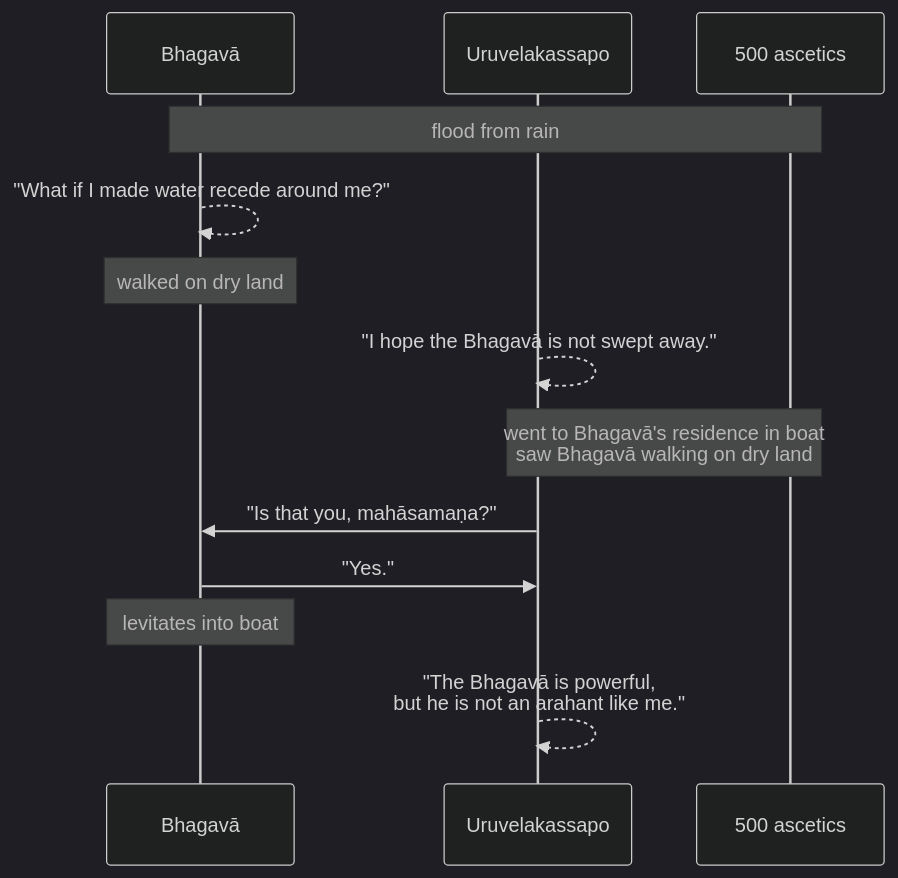
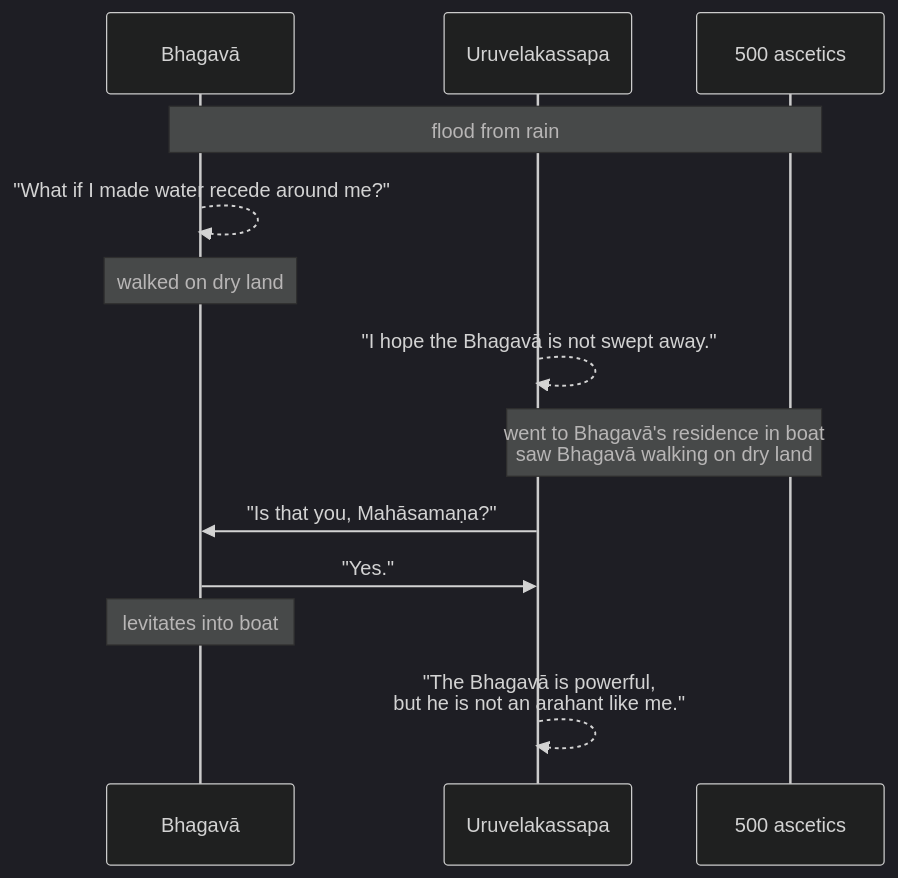
Before and after one commit to tidipa/tidipa.github.io: diagram 11 of 16 in src/content/docs/khandhaka/1-12.mdx, drawn with Mermaid (dark theme). The commit also changed other lines of this file and 48 other files, not shown here.

````diff
--- a/src/content/docs/khandhaka/1-12.mdx
+++ b/src/content/docs/khandhaka/1-12.mdx
@@ -208,15 +208,15 @@
 ```mermaid
 sequenceDiagram
 	participant B as Bhagavā
-	participant A1 as Uruvelakassapo
+	participant A1 as Uruvelakassapa
 	participant A500 as 500 ascetics
 	note over B, A500: flood from rain
 	B-->>B: "What if I made water recede around me?"
 	note over B: walked on dry land
 	A1-->>A1: "I hope the Bhagavā is not swept away."
 	note over A1, A500: went to Bhagavā's residence in boat<br>saw Bhagavā walking on dry land
-	A1->>B: "Is that you, mahāsamaṇa?"
+	A1->>B: "Is that you, Mahāsamaṇa?"
 	B->>A1: "Yes."
 	note over B: levitates into boat
 	A1-->>A1: "The Bhagavā is powerful, <br>but he is not an arahant like me."
 ```
````
